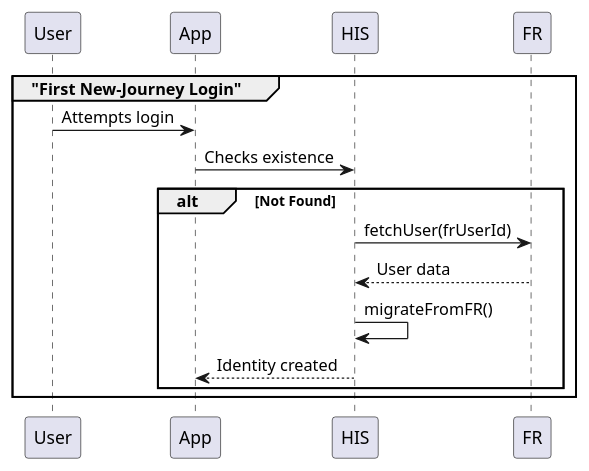
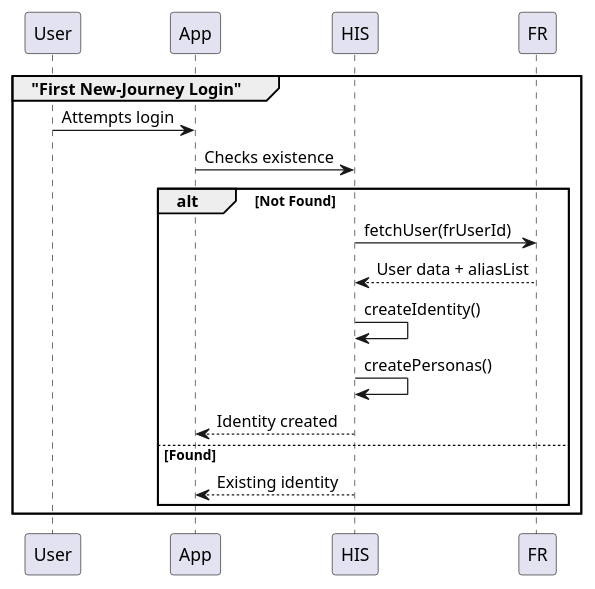
The fourth of 6 diagrams in MorganStanely/test.md (ahmedHanie93/Personal-projects), drawn with PlantUML before and after one commit. The commit also changed other lines of this file and 1 other file, not shown here.

````diff
--- a/MorganStanely/test.md
+++ b/MorganStanely/test.md
@@ -112,17 +134,20 @@
 ```plantuml
 @startuml
 skinparam BackgroundColor #FFF
 skinparam DefaultFontColor #000
 
 group "First New-Journey Login"
     User -> App: Attempts login
     App -> HIS: Checks existence
     alt Not Found
         HIS -> FR: fetchUser(frUserId)
-        FR --> HIS: User data
-        HIS -> HIS: migrateFromFR()
+        FR --> HIS: User data + aliasList
+        HIS -> HIS: createIdentity()
+        HIS -> HIS: createPersonas()
         HIS --> App: Identity created
+    else Found
+        HIS --> App: Existing identity
     end
 end
 @enduml
 ```
````
